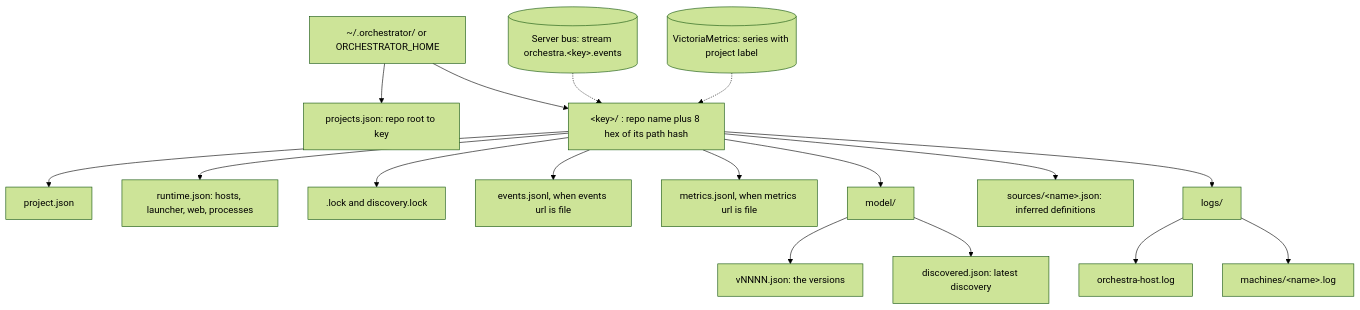
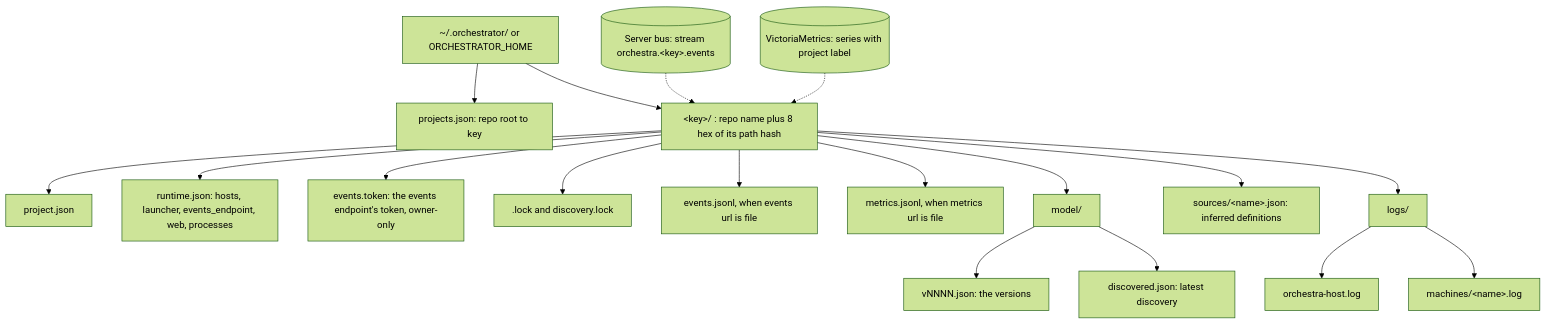
The seventh of 7 diagrams in ARCHITECTURE.md (danroblewis/orchestra), drawn with Mermaid (forest theme) before and after one commit. The commit also changed other lines of this file and 4 other files, not shown here.

First line of the commit message:
Docs: events over HTTP in USING_ORCHESTRA, machines.md, ARCHITECTURE, PLUGINS and the README

````diff
--- a/ARCHITECTURE.md
+++ b/ARCHITECTURE.md
@@ -501,19 +519,20 @@
 ```mermaid
 flowchart TD
   HOME["~/.orchestrator/ or ORCHESTRATOR_HOME"] --> PJ["projects.json: repo root to key"]
   HOME --> KEY["#lt;key#gt;/ : repo name plus 8 hex of its path hash"]
   KEY --> P1["project.json"]
-  KEY --> P2["runtime.json: hosts, launcher, web, processes"]
+  KEY --> P2["runtime.json: hosts, launcher, events_endpoint, web, processes"]
+  KEY --> P9["events.token: the events endpoint's token, owner-only"]
   KEY --> P3[".lock and discovery.lock"]
   KEY --> P4["events.jsonl, when events url is file"]
   KEY --> P5["metrics.jsonl, when metrics url is file"]
   KEY --> P6["model/"]
   P6 --> P61["vNNNN.json: the versions"]
   P6 --> P62["discovered.json: latest discovery"]
   KEY --> P7["sources/#lt;name#gt;.json: inferred definitions"]
   KEY --> P8["logs/"]
   P8 --> P81["orchestra-host.log"]
   P8 --> P82["machines/#lt;name#gt;.log"]
   EXT1[("Server bus: stream orchestra.#lt;key#gt;.events")] -.-> KEY
   EXT2[("VictoriaMetrics: series with project label")] -.-> KEY
 ```
````
